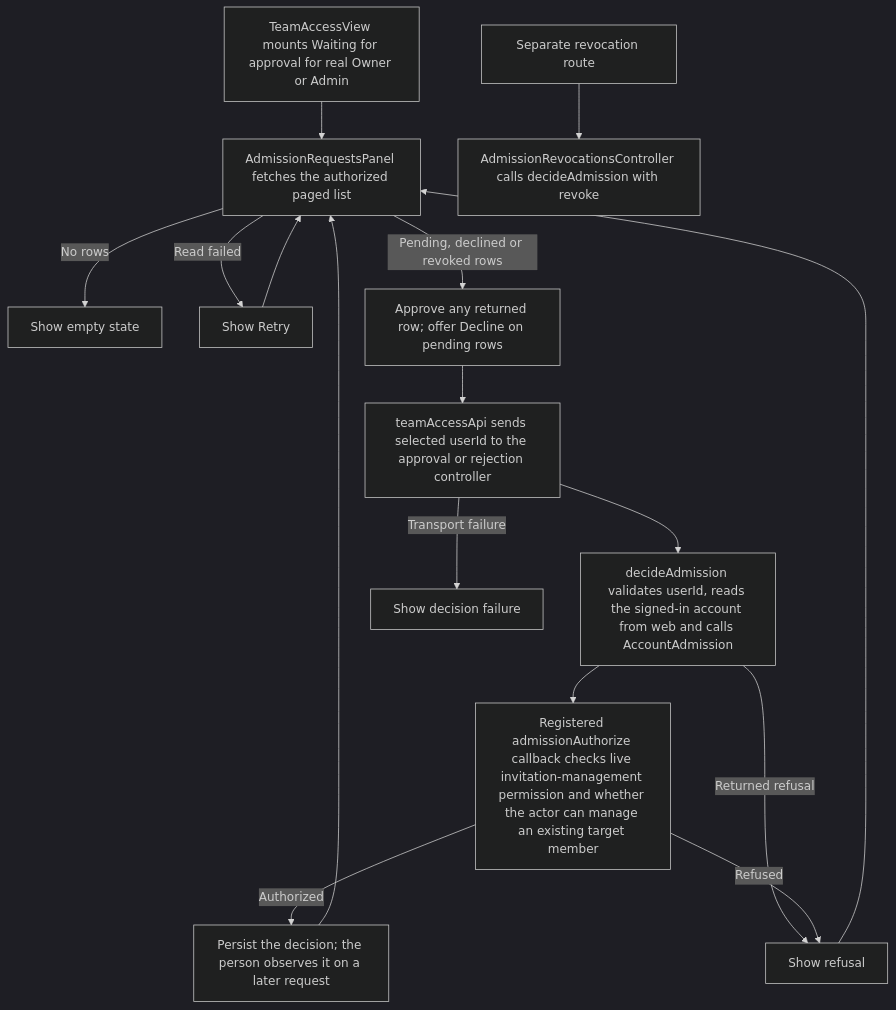
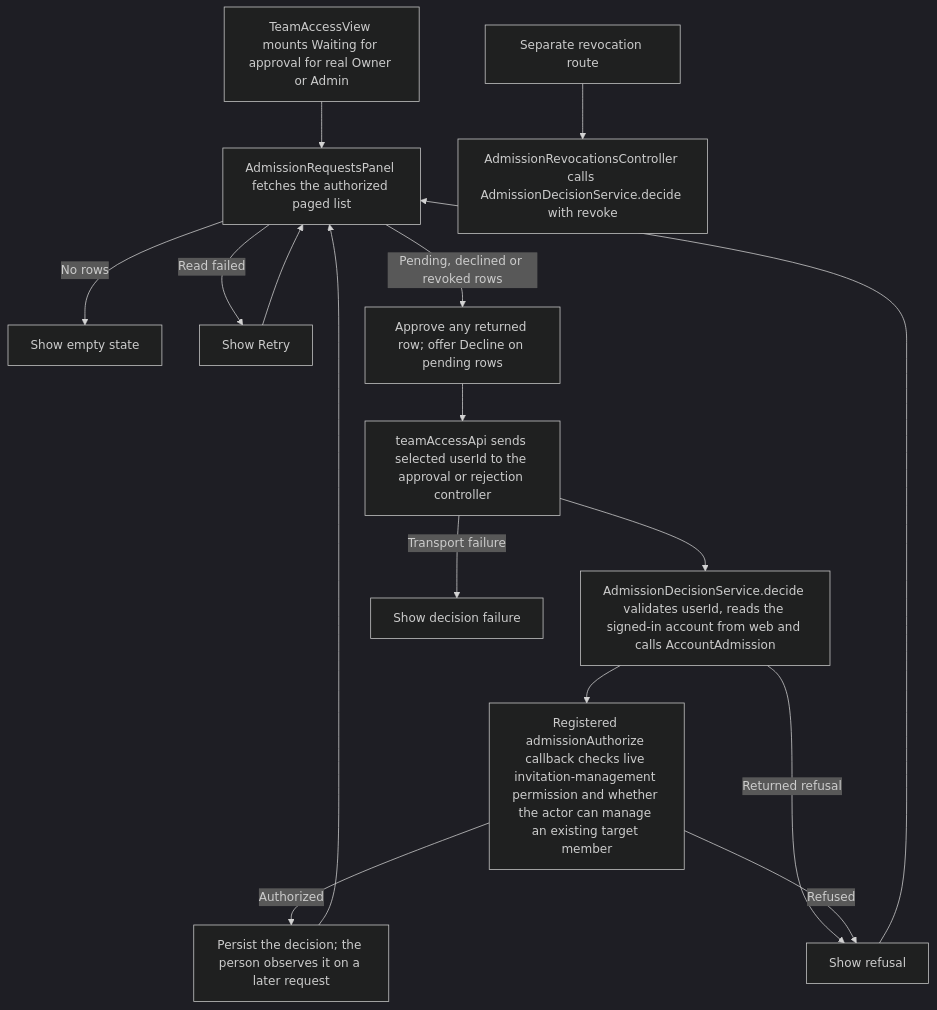
Before and after one commit to Kevinjohn/capacitylens: the second of 2 diagrams in user-stories/settings/US-SET-19-company-admission.md, drawn with Mermaid (dark theme). The commit also changed 4 other files, not shown here.

````diff
--- a/user-stories/settings/US-SET-19-company-admission.md
+++ b/user-stories/settings/US-SET-19-company-admission.md
@@ -27,18 +27,18 @@
 ```mermaid
 flowchart TD
   team["TeamAccessView mounts Waiting for approval for real Owner or Admin"] --> list["AdmissionRequestsPanel fetches the authorized paged list"]
   list -->|No rows| empty["Show empty state"]
   list -->|Read failed| retry["Show Retry"]
   retry --> list
   list -->|Pending, declined or revoked rows| buttons["Approve any returned row; offer Decline on pending rows"]
   buttons --> submit["teamAccessApi sends selected userId to the approval or rejection controller"]
-  submit --> service["decideAdmission validates userId, reads the signed-in account from web and calls AccountAdmission"]
+  submit --> service["AdmissionDecisionService.decide validates userId, reads the signed-in account from web and calls AccountAdmission"]
   service --> policy["Registered admissionAuthorize callback checks live invitation-management permission and whether the actor can manage an existing target member"]
   policy -->|Authorized| persist["Persist the decision; the person observes it on a later request"]
   service -->|Returned refusal| error["Show refusal"]
   policy -->|Refused| error
   error --> list
   persist --> list
   submit -->|Transport failure| uncertain["Show decision failure"]
-  retained["Separate revocation route"] --> api["AdmissionRevocationsController calls decideAdmission with revoke"]
+  retained["Separate revocation route"] --> api["AdmissionRevocationsController calls AdmissionDecisionService.decide with revoke"]
 ```
````
